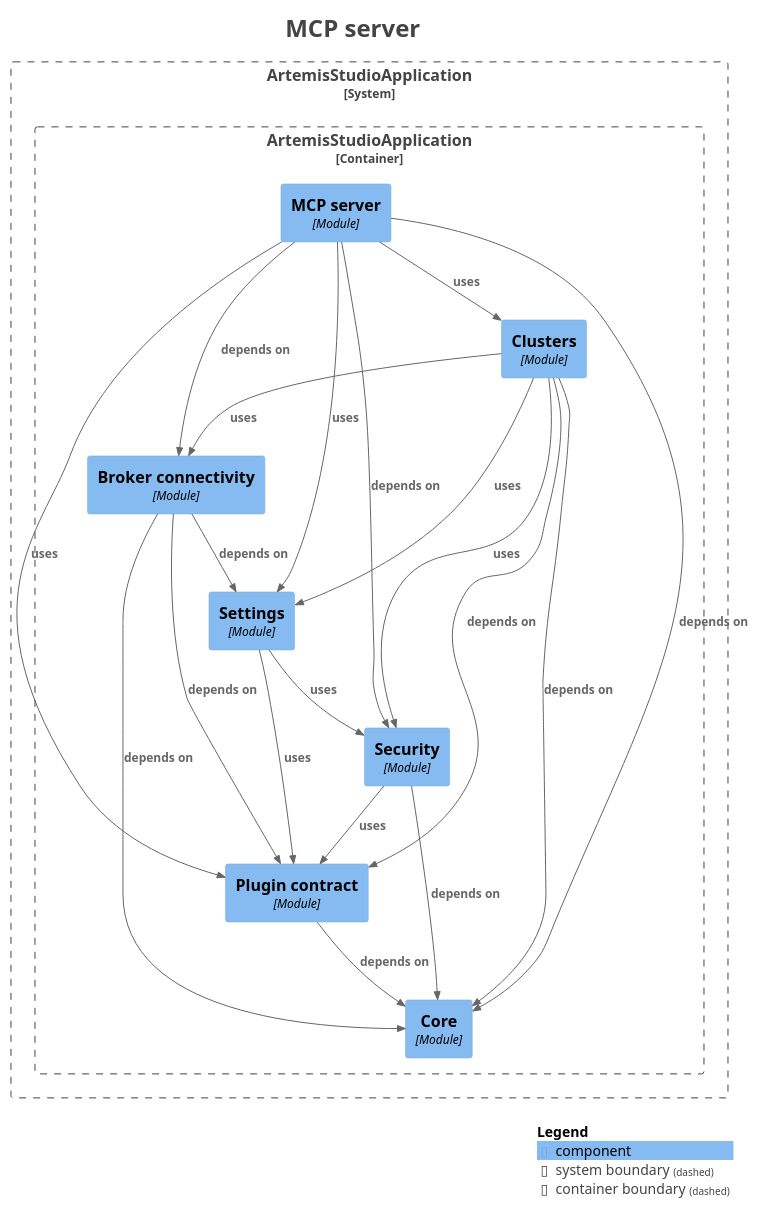
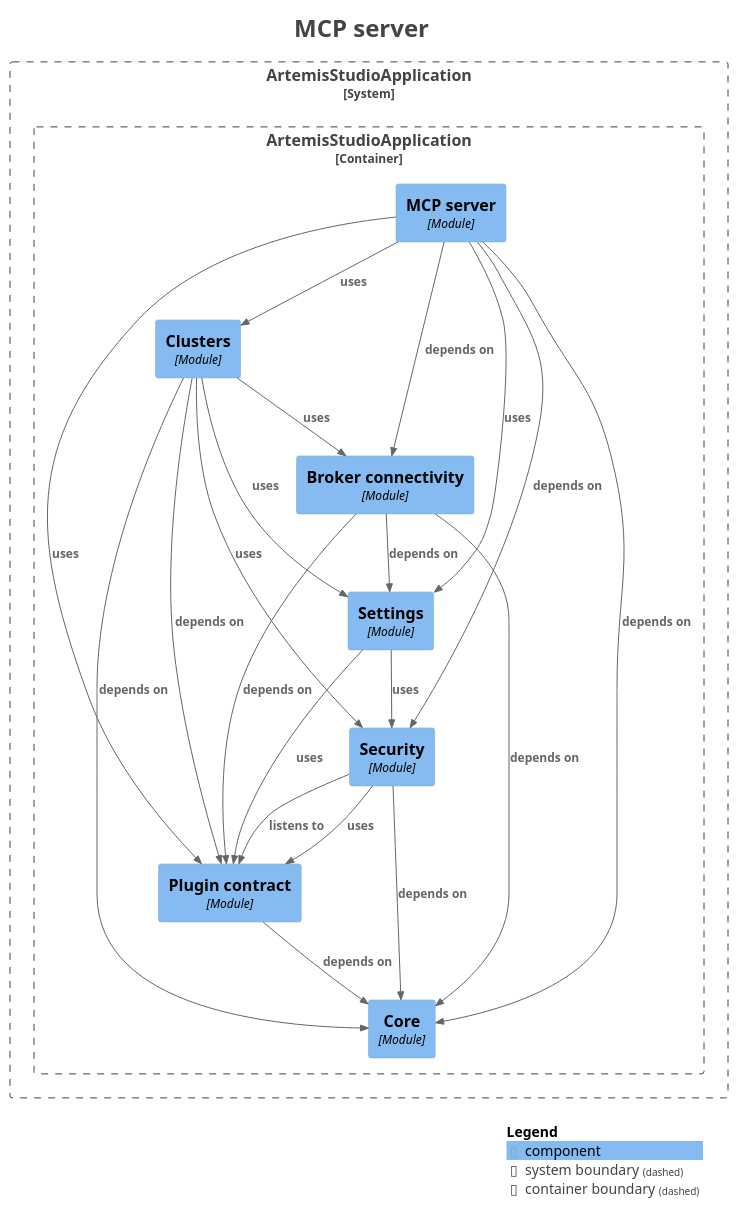
One commit to sudoitir/artemis-studio changed the diagram in docs/modules/module-platform.mcp.puml. Above: the diagram before and after it, drawn with PlantUML. The commit also changed 81 other files, not shown here.

```diff
--- a/docs/modules/module-platform.mcp.puml
+++ b/docs/modules/module-platform.mcp.puml
@@ -1,53 +1,54 @@
 @startuml
 title <size:24>MCP server</size>
 
 set separator none
 top to bottom direction
 
 <style>
   root {
     BackgroundColor: #ffffff
     FontColor: #444444
   }
 </style>
 
 !include <C4/C4>
 !include <C4/C4_Context>
 !include <C4/C4_Component>
 
 System_Boundary("ArtemisStudioApplication_boundary", "ArtemisStudioApplication", $tags="") {
   Container_Boundary("ArtemisStudioApplication.ArtemisStudioApplication_boundary", "ArtemisStudioApplication", $tags="") {
     Component(ArtemisStudioApplication.ArtemisStudioApplication.Settings, "Settings", $techn="Module", $descr="", $tags="", $link="")
     Component(ArtemisStudioApplication.ArtemisStudioApplication.Brokerconnectivity, "Broker connectivity", $techn="Module", $descr="", $tags="", $link="")
     Component(ArtemisStudioApplication.ArtemisStudioApplication.Clusters, "Clusters", $techn="Module", $descr="", $tags="", $link="")
     Component(ArtemisStudioApplication.ArtemisStudioApplication.MCPserver, "MCP server", $techn="Module", $descr="", $tags="", $link="")
     Component(ArtemisStudioApplication.ArtemisStudioApplication.Core, "Core", $techn="Module", $descr="", $tags="", $link="")
     Component(ArtemisStudioApplication.ArtemisStudioApplication.Plugincontract, "Plugin contract", $techn="Module", $descr="", $tags="", $link="")
     Component(ArtemisStudioApplication.ArtemisStudioApplication.Security, "Security", $techn="Module", $descr="", $tags="", $link="")
   }
 
 }
 
 Rel(ArtemisStudioApplication.ArtemisStudioApplication.Brokerconnectivity, ArtemisStudioApplication.ArtemisStudioApplication.Core, "depends on", $techn="", $tags="", $link="")
 Rel(ArtemisStudioApplication.ArtemisStudioApplication.Brokerconnectivity, ArtemisStudioApplication.ArtemisStudioApplication.Plugincontract, "depends on", $techn="", $tags="", $link="")
 Rel(ArtemisStudioApplication.ArtemisStudioApplication.Brokerconnectivity, ArtemisStudioApplication.ArtemisStudioApplication.Settings, "depends on", $techn="", $tags="", $link="")
 Rel(ArtemisStudioApplication.ArtemisStudioApplication.Clusters, ArtemisStudioApplication.ArtemisStudioApplication.Brokerconnectivity, "uses", $techn="", $tags="", $link="")
 Rel(ArtemisStudioApplication.ArtemisStudioApplication.Clusters, ArtemisStudioApplication.ArtemisStudioApplication.Core, "depends on", $techn="", $tags="", $link="")
 Rel(ArtemisStudioApplication.ArtemisStudioApplication.Clusters, ArtemisStudioApplication.ArtemisStudioApplication.Plugincontract, "depends on", $techn="", $tags="", $link="")
 Rel(ArtemisStudioApplication.ArtemisStudioApplication.Clusters, ArtemisStudioApplication.ArtemisStudioApplication.Security, "uses", $techn="", $tags="", $link="")
 Rel(ArtemisStudioApplication.ArtemisStudioApplication.Clusters, ArtemisStudioApplication.ArtemisStudioApplication.Settings, "uses", $techn="", $tags="", $link="")
 Rel(ArtemisStudioApplication.ArtemisStudioApplication.MCPserver, ArtemisStudioApplication.ArtemisStudioApplication.Brokerconnectivity, "depends on", $techn="", $tags="", $link="")
 Rel(ArtemisStudioApplication.ArtemisStudioApplication.MCPserver, ArtemisStudioApplication.ArtemisStudioApplication.Clusters, "uses", $techn="", $tags="", $link="")
 Rel(ArtemisStudioApplication.ArtemisStudioApplication.MCPserver, ArtemisStudioApplication.ArtemisStudioApplication.Core, "depends on", $techn="", $tags="", $link="")
 Rel(ArtemisStudioApplication.ArtemisStudioApplication.MCPserver, ArtemisStudioApplication.ArtemisStudioApplication.Plugincontract, "uses", $techn="", $tags="", $link="")
 Rel(ArtemisStudioApplication.ArtemisStudioApplication.MCPserver, ArtemisStudioApplication.ArtemisStudioApplication.Security, "depends on", $techn="", $tags="", $link="")
 Rel(ArtemisStudioApplication.ArtemisStudioApplication.MCPserver, ArtemisStudioApplication.ArtemisStudioApplication.Settings, "uses", $techn="", $tags="", $link="")
 Rel(ArtemisStudioApplication.ArtemisStudioApplication.Plugincontract, ArtemisStudioApplication.ArtemisStudioApplication.Core, "depends on", $techn="", $tags="", $link="")
 Rel(ArtemisStudioApplication.ArtemisStudioApplication.Security, ArtemisStudioApplication.ArtemisStudioApplication.Core, "depends on", $techn="", $tags="", $link="")
+Rel(ArtemisStudioApplication.ArtemisStudioApplication.Security, ArtemisStudioApplication.ArtemisStudioApplication.Plugincontract, "listens to", $techn="", $tags="", $link="")
 Rel(ArtemisStudioApplication.ArtemisStudioApplication.Security, ArtemisStudioApplication.ArtemisStudioApplication.Plugincontract, "uses", $techn="", $tags="", $link="")
 Rel(ArtemisStudioApplication.ArtemisStudioApplication.Settings, ArtemisStudioApplication.ArtemisStudioApplication.Plugincontract, "uses", $techn="", $tags="", $link="")
 Rel(ArtemisStudioApplication.ArtemisStudioApplication.Settings, ArtemisStudioApplication.ArtemisStudioApplication.Security, "uses", $techn="", $tags="", $link="")
 
 SHOW_LEGEND(true)
 hide stereotypes
 @enduml
```
